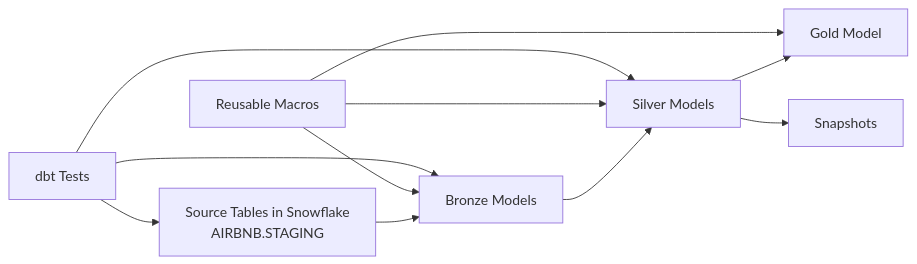
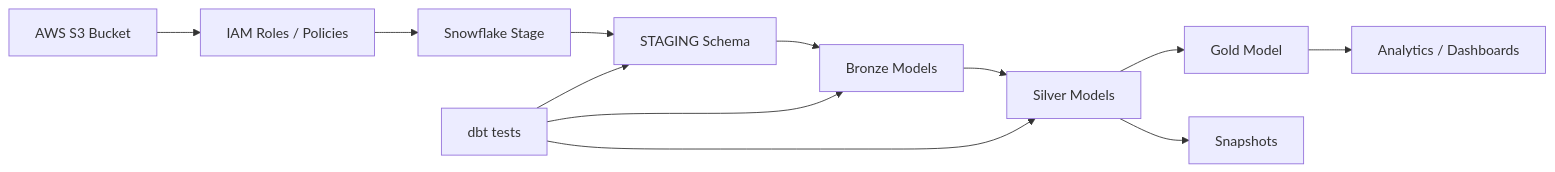
The diagram in README.md (Sambuddha-Pal/DBT_Snowflake_Project), drawn with Mermaid before and after one commit. The commit also changed other lines of this file and 8 other files, not shown here.

````diff
--- a/README.md
+++ b/README.md
@@ -26,13 +31,14 @@
 ```mermaid
 flowchart LR
-    A[Source Tables in Snowflake<br/>AIRBNB.STAGING] --> B[Bronze Models]
-    B --> C[Silver Models]
-    C --> D[Gold Model]
-    C --> E[Snapshots]
-    F[Reusable Macros] --> B
-    F --> C
-    F --> D
-    G[dbt Tests] --> A
-    G --> B
-    G --> C
+    A[AWS S3 Bucket] --> B[IAM Roles / Policies]
+    B --> C[Snowflake Stage]
+    C --> D[STAGING Schema]
+    D --> E[Bronze Models]
+    E --> F[Silver Models]
+    F --> G[Gold Model]
+    G --> H[Analytics / Dashboards]
+    F --> I[Snapshots]
+    J[dbt tests] --> D
+    J --> E
+    J --> F
 ```
````
